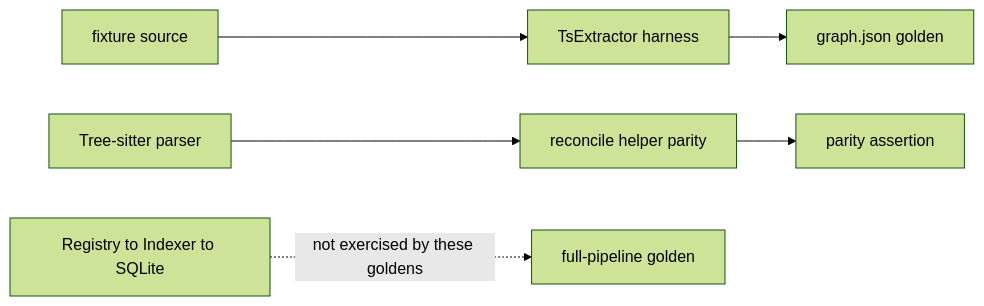
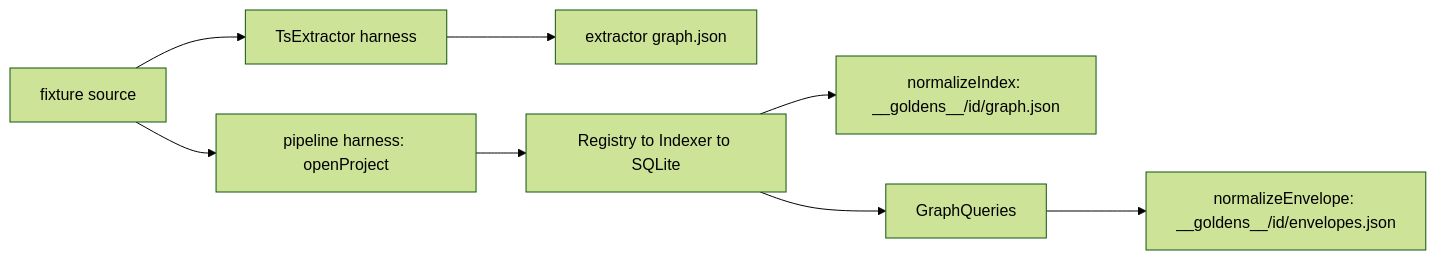
Before and after one commit to Chofito/astrograph: the first of 3 diagrams in docs/architecture/operations/testing-and-evaluation.md, drawn with Mermaid (forest theme). The commit also changed other lines of this file and 6 other files, not shown here.

````diff
--- a/docs/architecture/operations/testing-and-evaluation.md
+++ b/docs/architecture/operations/testing-and-evaluation.md
@@ -34,8 +35,10 @@
 ```mermaid
 flowchart LR
     A[fixture source] --> B[TsExtractor harness]
-    B --> C[graph.json golden]
-    D[Tree-sitter parser] --> E[reconcile helper parity]
-    E --> F[parity assertion]
-    G[Registry to Indexer to SQLite] -. not exercised by these goldens .-> H[full-pipeline golden]
+    B --> C[extractor graph.json]
+    A --> D[pipeline harness: openProject]
+    D --> E[Registry to Indexer to SQLite]
+    E --> F[normalizeIndex: __goldens__/id/graph.json]
+    E --> G[GraphQueries]
+    G --> H[normalizeEnvelope: __goldens__/id/envelopes.json]
 ```
````
